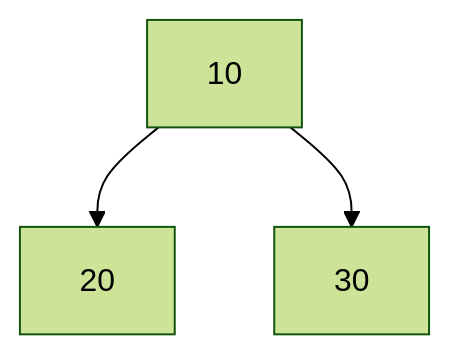
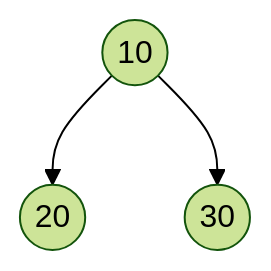
Before and after one commit to 3strategy/BeautifulMivney: the third of 11 diagrams in cst/6binnode/Ex6a3binnode.md, drawn with Mermaid (forest theme). The commit also changed other lines of this file and 3 other files, not shown here.

````diff
--- a/cst/6binnode/Ex6a3binnode.md
+++ b/cst/6binnode/Ex6a3binnode.md
@@ -75,5 +75,5 @@
     ```mermaid
     flowchart TB
-      A[10] --> B[20]:::leaf
-      A --> C[30]:::leaf
+      A((10)) --> B((20)):::leaf
+      A --> C((30)):::leaf
     ```
````
